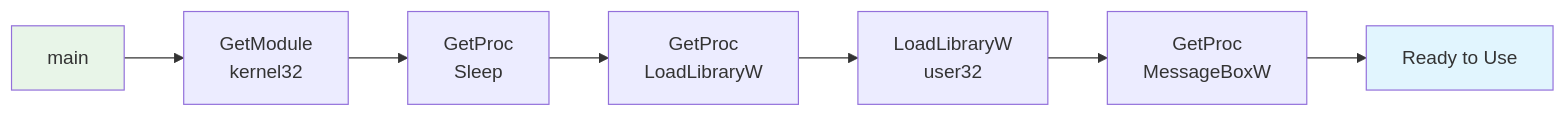
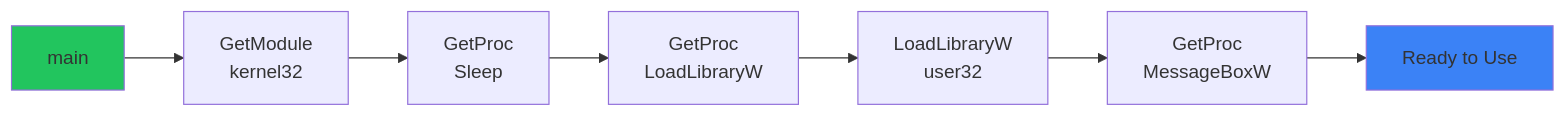
The seventh of 11 diagrams in diagrams.md (usuiWind/Windows-Import-Resolver), drawn with Mermaid before and after one commit. The commit also changed other lines of this file, not shown here.

````diff
--- a/diagrams.md
+++ b/diagrams.md
@@ -155,12 +153,12 @@
 ```mermaid
 flowchart LR
     A[main] --> B[GetModule<br/>kernel32]
     B --> C[GetProc<br/>Sleep]
     C --> D[GetProc<br/>LoadLibraryW]
     D --> E[LoadLibraryW<br/>user32]
     E --> F[GetProc<br/>MessageBoxW]
     F --> G[Ready to Use]
     
-    style A fill:#e8f5e8
-    style G fill:#e1f5fe
+    style A fill:#22c55e
+    style G fill:#3b82f6
 ```
````
